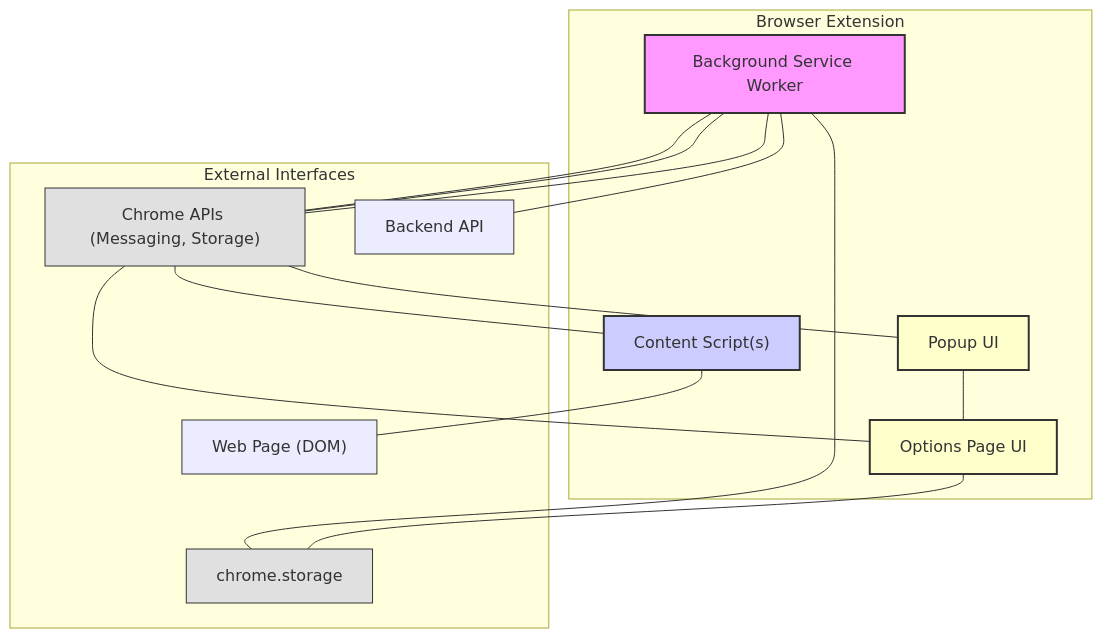
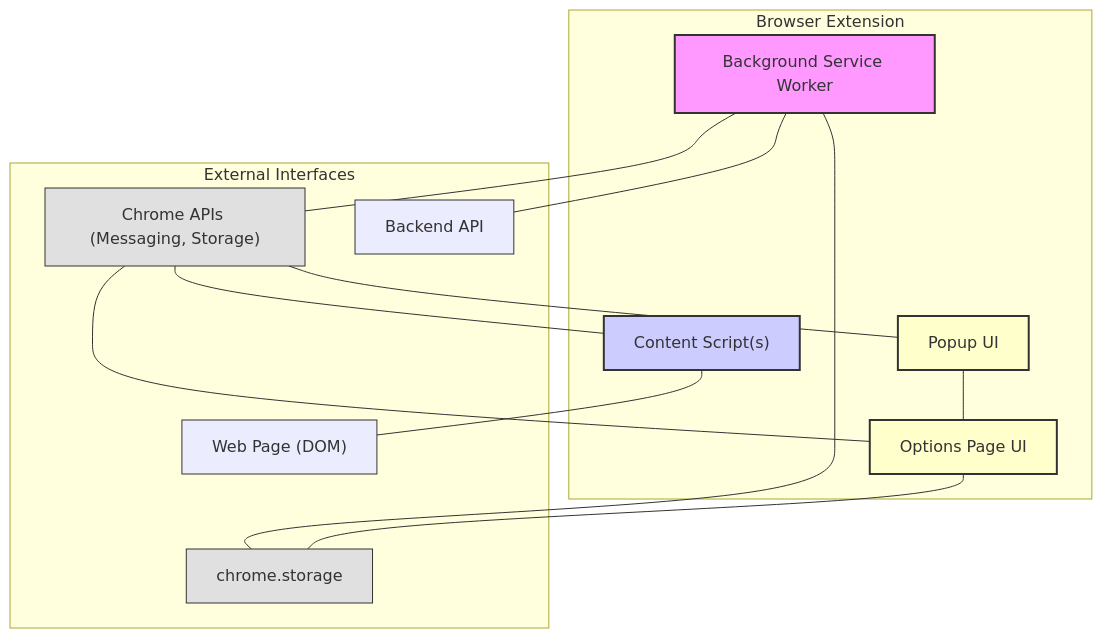
One commit to GliteTech/glite-browser-extension changed the second of 4 diagrams in docs/specification/v2.md. Above: the diagram before and after it, drawn with Mermaid.

Commit message:
fix of the diagram

````diff
--- a/docs/specification/v2.md
+++ b/docs/specification/v2.md
@@ -791,35 +791,36 @@
 ```mermaid
 graph TD
     subgraph Browser Extension
         BSW["Background Service Worker"]
         CS["Content Script(s)"]
         Popup["Popup UI"]
         Options["Options Page UI"]
     end
 
     subgraph External Interfaces
         BrowserAPI["Chrome APIs (Messaging, Storage)"]
         WebPage["Web Page (DOM)"]
         Backend["Backend API"]
         Storage["chrome.storage"]
     end
 
-    BSW --- BrowserAPI --- CS
-    BSW --- BrowserAPI --- Popup
-    BSW --- BrowserAPI --- Options
+    BSW --- BrowserAPI
+    BrowserAPI --- CS
+    BrowserAPI --- Popup
+    BrowserAPI --- Options
     BSW --- Backend
     BSW --- Storage
     CS --- WebPage
     Options --- Storage
     Popup --- Options
 
     %% Styling for Clarity
     style BSW fill:#f9f,stroke:#333,stroke-width:2px
     style CS fill:#ccf,stroke:#333,stroke-width:2px
     style Popup fill:#ffc,stroke:#333,stroke-width:2px
     style Options fill:#ffc,stroke:#333,stroke-width:2px
     style BrowserAPI fill:#e0e0e0,stroke:#333,stroke-width:1px
     style Storage fill:#e0e0e0,stroke:#333,stroke-width:1px
     style WebPage fill:#lightblue,stroke:#333,stroke-width:1px
     style Backend fill:#lightgreen,stroke:#333,stroke-width:1px
 ```
````
